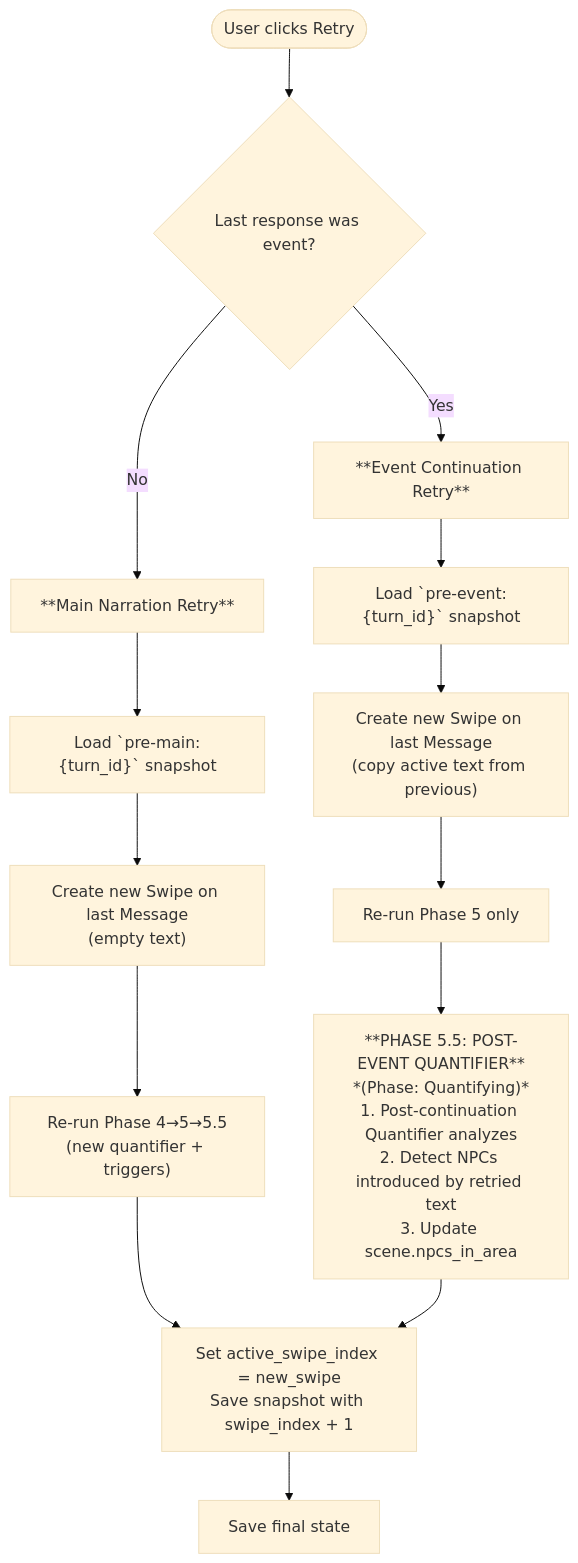
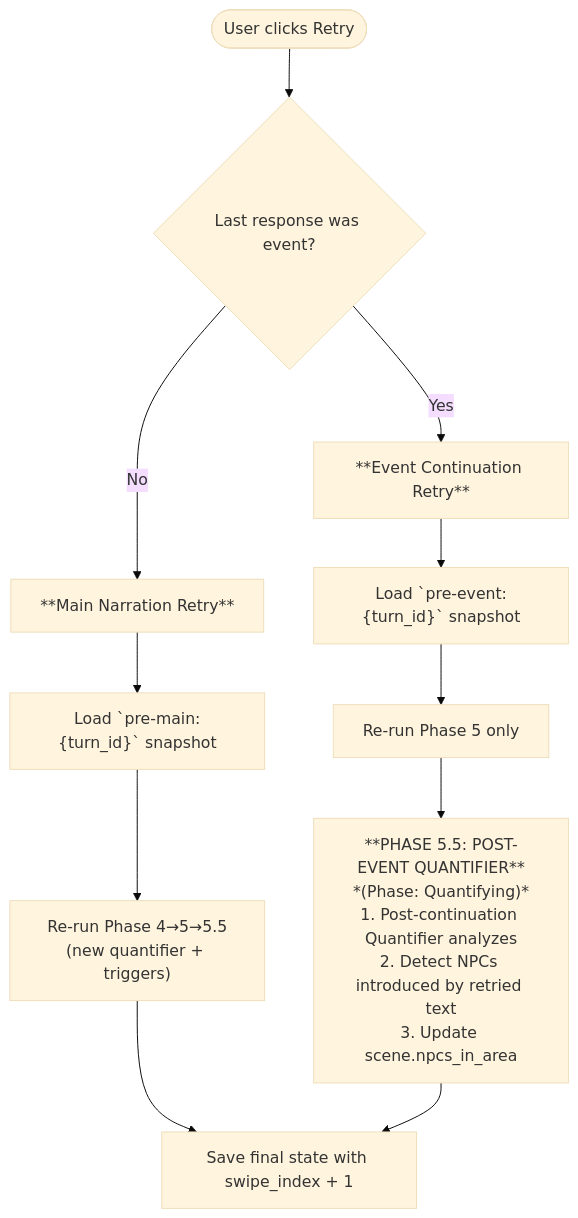
One commit to notsonormal/chronicler-engine changed the third of 3 diagrams in chronicler_engine/docs/system/game_flow.md. Above: the diagram before and after it, drawn with Mermaid (base theme). The commit also changed other lines of this file and 25 other files, not shown here.

````diff
--- a/chronicler_engine/docs/system/game_flow.md
+++ b/chronicler_engine/docs/system/game_flow.md
@@ -143,30 +143,24 @@
 ```mermaid
 flowchart TD
     Start(["User clicks Retry"])
     Check{Last response was event?}
     Main["**Main Narration Retry**"]
     Event["**Event Continuation Retry**"]
     PreMain["Load `pre-main:{turn_id}` snapshot"]
     PreEvent["Load `pre-event:{turn_id}` snapshot"]
-    NewSwipeMain["Create new Swipe on last Message<br>(empty text)"]
-    NewSwipeEvent["Create new Swipe on last Message<br>(copy active text from previous)"]
     ReGenMain["Re-run Phase 4→5→5.5<br>(new quantifier + triggers)"]
     ReGenEvent["Re-run Phase 5 only"]
     Phase55["**PHASE 5.5: POST-EVENT QUANTIFIER**<br>*(Phase: Quantifying)*<br>1. Post-continuation Quantifier analyzes<br>2. Detect NPCs introduced by retried text<br>3. Update scene.npcs_in_area"]
-    IncSwipe["Set active_swipe_index = new_swipe<br>Save snapshot with swipe_index + 1"]
-    Save["Save final state"]
+    Save["Save final state with swipe_index + 1"]
 
     Start --> Check
     Check -->|No| Main
     Check -->|Yes| Event
     Main --> PreMain
     Event --> PreEvent
-    PreMain --> NewSwipeMain
-    PreEvent --> NewSwipeEvent
-    NewSwipeMain --> ReGenMain
-    NewSwipeEvent --> ReGenEvent
-    ReGenMain --> IncSwipe
+    PreMain --> ReGenMain
+    PreEvent --> ReGenEvent
+    ReGenMain --> Save
     ReGenEvent --> Phase55
-    Phase55 --> IncSwipe
-    IncSwipe --> Save
+    Phase55 --> Save
 ```
````
